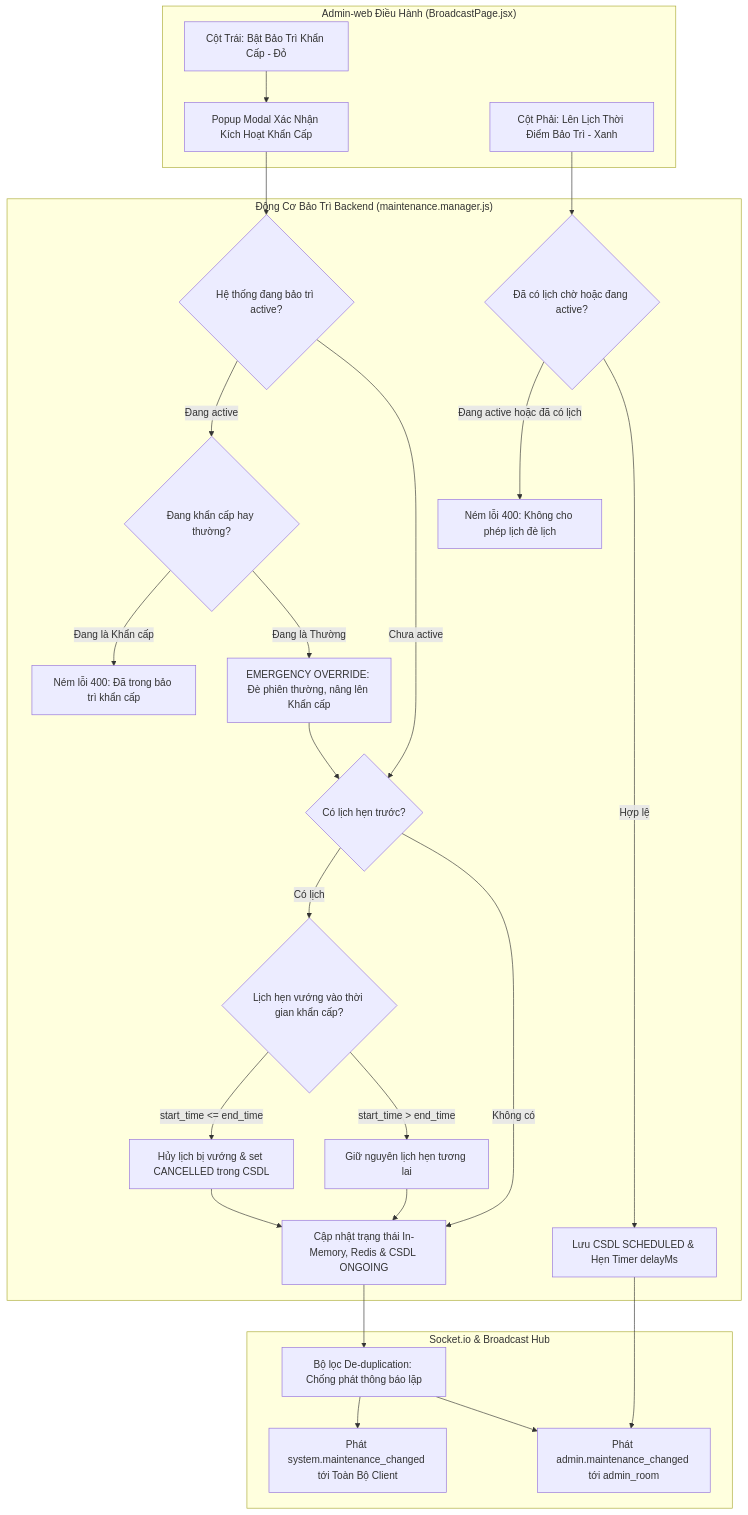
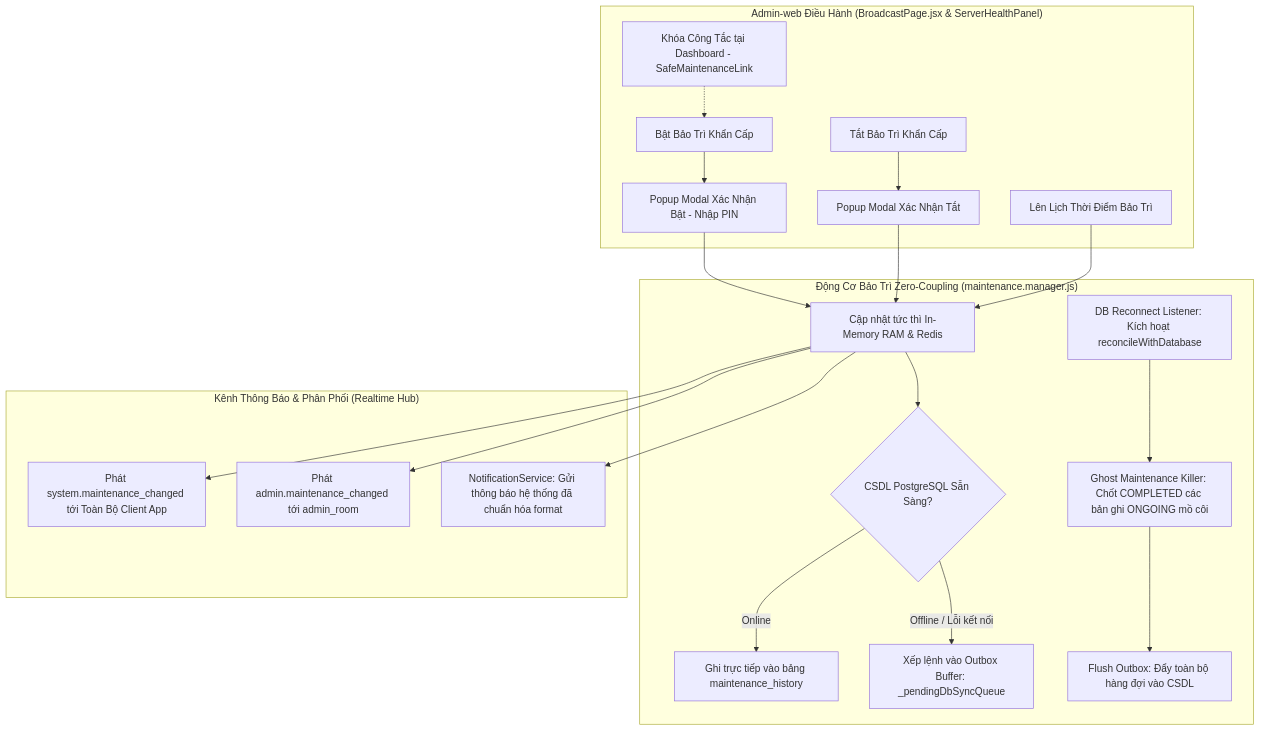
The diagram in docs/Admin-web/07-maintenance-and-resilience.md (NguyenPhuBao/ManagementFinance), drawn with Mermaid before and after one commit. The commit also changed other lines of this file and 76 other files, not shown here.

````diff
--- a/docs/Admin-web/07-maintenance-and-resilience.md
+++ b/docs/Admin-web/07-maintenance-and-resilience.md
@@ -26,44 +27,40 @@
 ```mermaid
 graph TD
-    subgraph "Admin-web Điều Hành (BroadcastPage.jsx)"
-        A1[Cột Trái: Bật Bảo Trì Khẩn Cấp - Đỏ]
-        A2[Popup Modal Xác Nhận Kích Hoạt Khẩn Cấp]
-        A3[Cột Phải: Lên Lịch Thời Điểm Bảo Trì - Xanh]
+    subgraph "Admin-web Điều Hành (BroadcastPage.jsx & ServerHealthPanel)"
+        A1[Bật Bảo Trì Khẩn Cấp]
+        A2[Popup Modal Xác Nhận Bật - Nhập PIN]
+        A3[Tắt Bảo Trì Khẩn Cấp]
+        A4[Popup Modal Xác Nhận Tắt]
+        A5[Lên Lịch Thời Điểm Bảo Trì]
+        A6[Khóa Công Tắc tại Dashboard - SafeMaintenanceLink]
     end
 
-    subgraph "Động Cơ Bảo Trì Backend (maintenance.manager.js)"
-        B0{Hệ thống đang bảo trì active?}
-        B_EMERG_CHECK{Đang khẩn cấp hay thường?}
-        B_ERR_DUP[Ném lỗi 400: Đã trong bảo trì khẩn cấp]
-        B_OVERRIDE[EMERGENCY OVERRIDE: Đè phiên thường, nâng lên Khẩn cấp]
-        B_SCHED_CHECK{Đã có lịch chờ hoặc đang active?}
-        B_SCHED_ERR[Ném lỗi 400: Không cho phép lịch đè lịch]
-        B1{Có lịch hẹn trước?}
-        B2{Lịch hẹn vướng vào thời gian khẩn cấp?}
-        B2_YES[Hủy lịch bị vướng & set CANCELLED trong CSDL]
-        B2_NO[Giữ nguyên lịch hẹn tương lai]
-        B3[Cập nhật trạng thái In-Memory, Redis & CSDL ONGOING]
-        B4[Lưu CSDL SCHEDULED & Hẹn Timer delayMs]
+    subgraph "Động Cơ Bảo Trì Zero-Coupling (maintenance.manager.js)"
+        B1[Cập nhật tức thì In-Memory RAM & Redis]
+        B2{CSDL PostgreSQL Sẵn Sàng?}
+        B3[Ghi trực tiếp vào bảng maintenance_history]
+        B4[Xếp lệnh vào Outbox Buffer: _pendingDbSyncQueue]
+        B5[DB Reconnect Listener: Kích hoạt reconcileWithDatabase]
+        B6[Ghost Maintenance Killer: Chốt COMPLETED các bản ghi ONGOING mồ côi]
+        B7[Flush Outbox: Đẩy toàn bộ hàng đợi vào CSDL]
     end
 
-    subgraph "Socket.io & Broadcast Hub"
-        S0[Bộ lọc De-duplication: Chống phát thông báo lặp]
-        S1[Phát system.maintenance_changed tới Toàn Bộ Client]
+    subgraph "Kênh Thông Báo & Phân Phối (Realtime Hub)"
+        S1[Phát system.maintenance_changed tới Toàn Bộ Client App]
         S2[Phát admin.maintenance_changed tới admin_room]
+        S3[NotificationService: Gửi thông báo hệ thống đã chuẩn hóa format]
     end
 
-    A1 --> A2 --> B0
-    B0 -- "Đang active" --> B_EMERG_CHECK
-    B_EMERG_CHECK -- "Đang là Khẩn cấp" --> B_ERR_DUP
-    B_EMERG_CHECK -- "Đang là Thường" --> B_OVERRIDE --> B1
-    B0 -- "Chưa active" --> B1
-    B1 -- "Có lịch" --> B2
-    B2 -- "start_time <= end_time" --> B2_YES --> B3
-    B2 -- "start_time > end_time" --> B2_NO --> B3
-    B1 -- "Không có" --> B3
-    B3 --> S0 --> S1 & S2
+    A1 --> A2 --> B1
+    A3 --> A4 --> B1
+    A5 --> B1
+    A6 -.-> A1
 
-    A3 --> B_SCHED_CHECK
-    B_SCHED_CHECK -- "Đang active hoặc đã có lịch" --> B_SCHED_ERR
-    B_SCHED_CHECK -- "Hợp lệ" --> B4 --> S2
+    B1 --> B2
+    B2 -- "Online" --> B3
+    B2 -- "Offline / Lỗi kết nối" --> B4
+
+    B5 --> B6 --> B7
+
+    B1 --> S1 & S2 & S3
 ```
````
